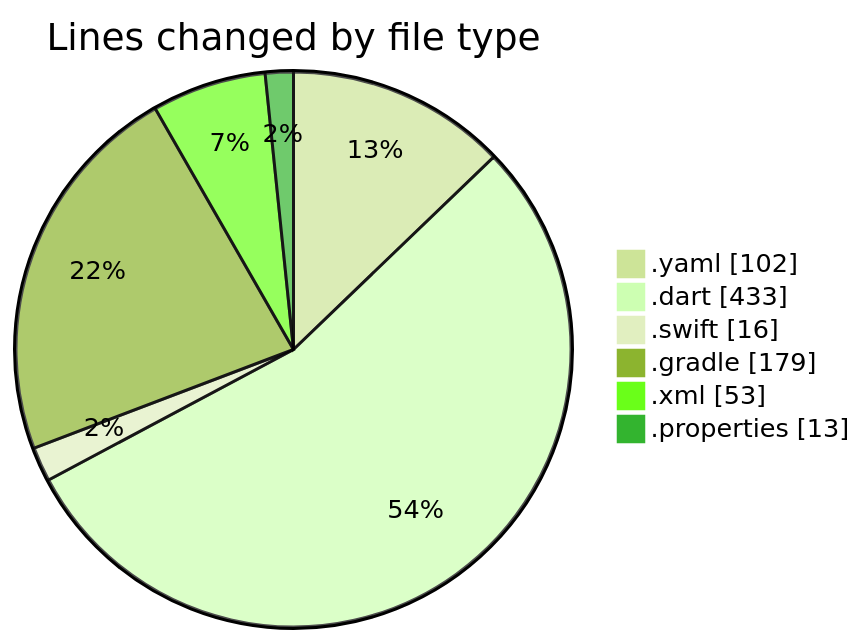
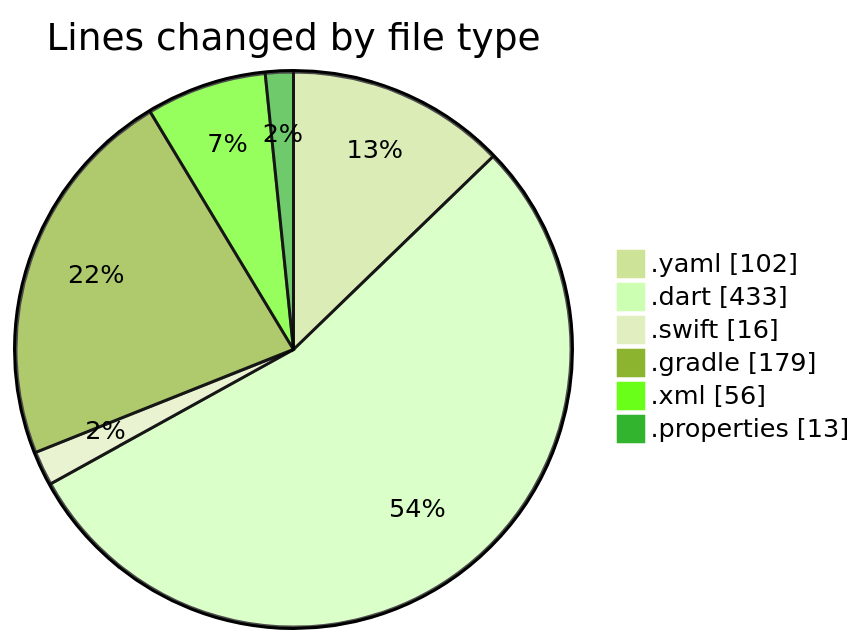
One commit to donsfak/code-tracking changed the first of 2 diagrams in 2025-02-04/maps_clone/README.md. Above: the diagram before and after it, drawn with Mermaid (forest theme). The commit also changed other lines of this file and 1 other file, not shown here.

````diff
--- a/2025-02-04/maps_clone/README.md
+++ b/2025-02-04/maps_clone/README.md
@@ -28,10 +28,10 @@
 ```mermaid
 pie showData
 title Lines changed by file type
 ".yaml" : 102
 ".dart" : 433
 ".swift" : 16
 ".gradle" : 179
-".xml" : 53
+".xml" : 56
 ".properties" : 13
 ```
````
